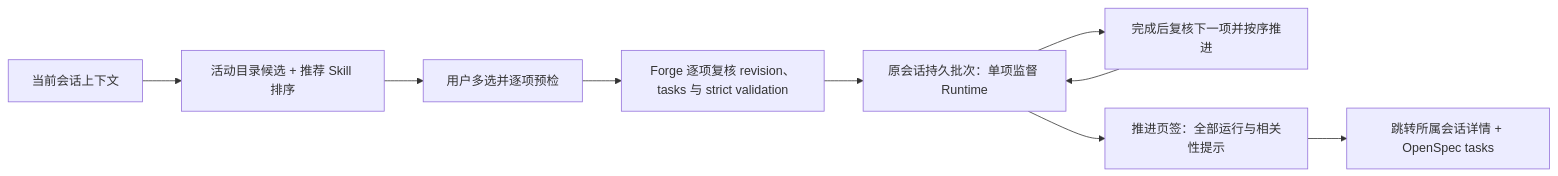
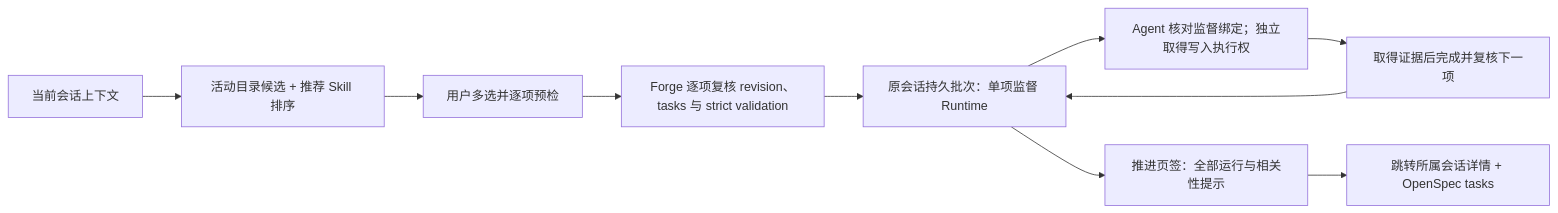
The third of 7 diagrams in docs/ai-coding-architecture.md (exception-coder/kai-toolbox), drawn with Mermaid before and after one commit. The commit also changed other lines of this file and 11 other files, not shown here.

````diff
--- a/docs/ai-coding-architecture.md
+++ b/docs/ai-coding-architecture.md
@@ -153,11 +153,12 @@
 ```mermaid
 flowchart LR
     SESSION["当前会话上下文"] --> PREVIEW["活动目录候选 + 推荐 Skill 排序"]
     PREVIEW --> CONFIRM["用户多选并逐项预检"]
     CONFIRM --> RECHECK["Forge 逐项复核 revision、tasks 与 strict validation"]
     RECHECK --> RUNTIME["原会话持久批次：单项监督 Runtime"]
-    RUNTIME --> NEXT["完成后复核下一项并按序推进"]
+    RUNTIME --> WRITER["Agent 核对监督绑定；独立取得写入执行权"]
+    WRITER --> NEXT["取得证据后完成并复核下一项"]
     NEXT --> RUNTIME
     RUNTIME --> BOARD["推进页签：全部运行与相关性提示"]
     BOARD --> DETAIL["跳转所属会话详情 + OpenSpec tasks"]
 ```
````
